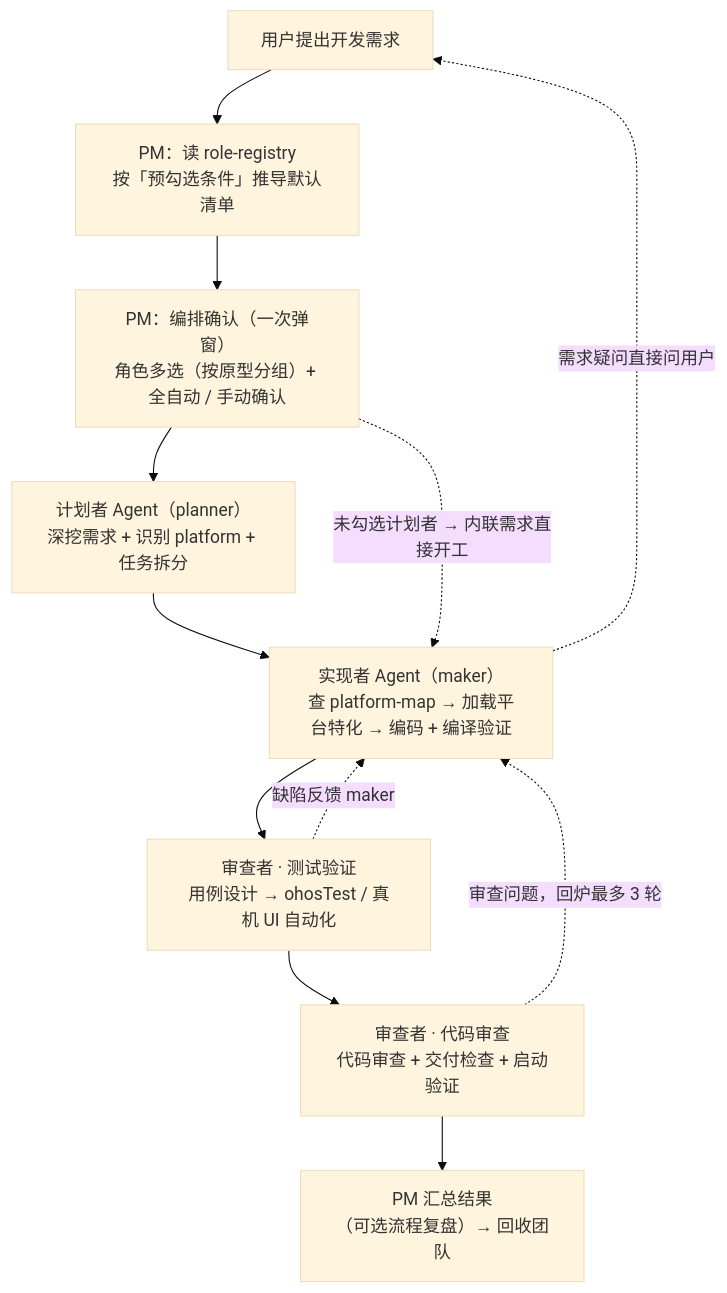
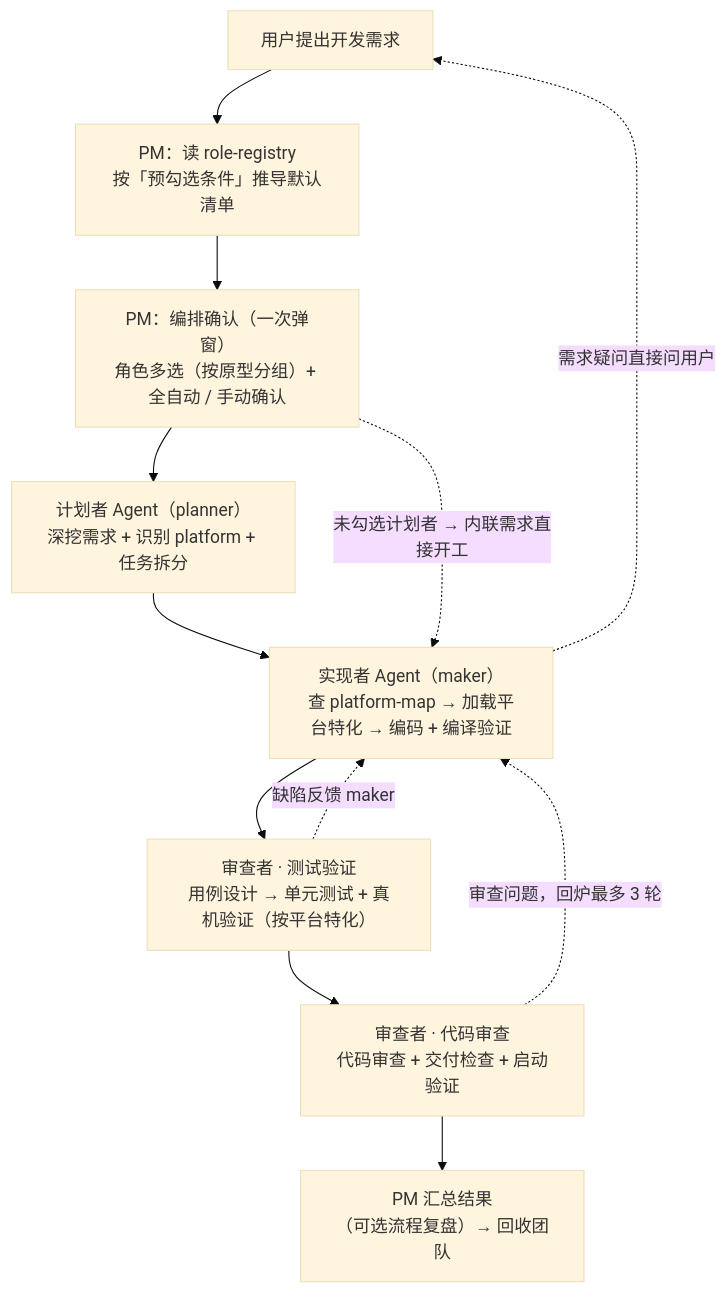
One commit to pen-ll/ai-team changed the fourth of 5 diagrams in README.md. Above: the diagram before and after it, drawn with Mermaid (base theme). The commit also changed other lines of this file and 1 other file, not shown here.

````diff
--- a/README.md
+++ b/README.md
@@ -215,15 +215,15 @@
 ```mermaid
 flowchart TD
     A["用户提出开发需求"] --> B["PM：读 role-registry<br/>按「预勾选条件」推导默认清单"]
     B --> C["PM：编排确认（一次弹窗）<br/>角色多选（按原型分组）+ 全自动 / 手动确认"]
     C --> D["计划者 Agent（planner）<br/>深挖需求 + 识别 platform + 任务拆分"]
     D --> E["实现者 Agent（maker）<br/>查 platform-map → 加载平台特化 → 编码 + 编译验证"]
-    E --> F["审查者 · 测试验证<br/>用例设计 → ohosTest / 真机 UI 自动化"]
+    E --> F["审查者 · 测试验证<br/>用例设计 → 单元测试 + 真机验证（按平台特化）"]
     F --> G["审查者 · 代码审查<br/>代码审查 + 交付检查 + 启动验证"]
     G --> H["PM 汇总结果<br/>（可选流程复盘）→ 回收团队"]
 
     E -. "需求疑问直接问用户" .-> A
     F -. "缺陷反馈 maker" .-> E
     G -. "审查问题，回炉最多 3 轮" .-> E
     C -. "未勾选计划者 → 内联需求直接开工" .-> E
 ```
````
